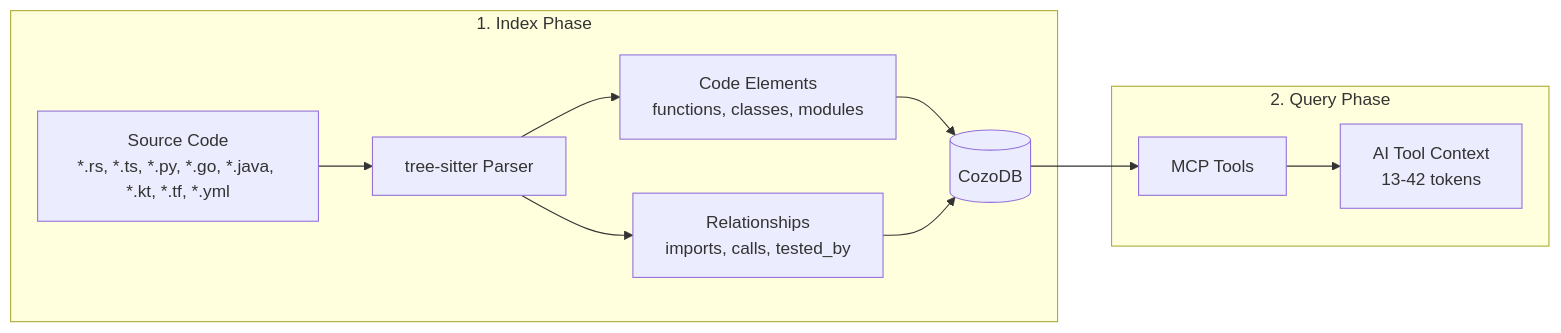
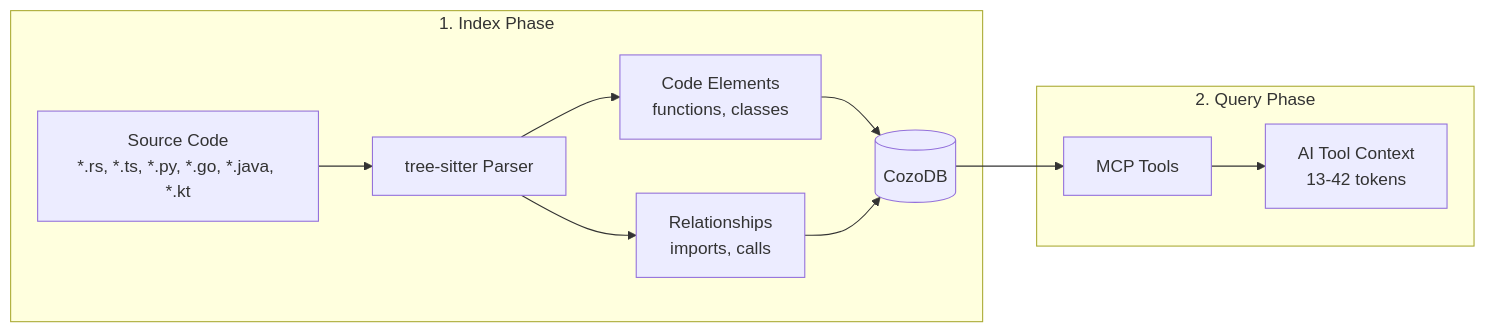
Before and after one commit to nkchuong1607/LeanKG: the third of 3 diagrams in README.md, drawn with Mermaid. The commit also changed other lines of this file and 81 other files, not shown here.

Commit message:
feat: web UI / UX reconstruction & graph physics stabilization

````diff
--- a/README.md
+++ b/README.md
@@ -251,15 +218,15 @@
 ```mermaid
 graph LR
     subgraph "1. Index Phase"
-        A["Source Code<br/>*.rs, *.ts, *.py, *.go, *.java, *.kt, *.tf, *.yml"] --> B["tree-sitter Parser"]
-        B --> C["Code Elements<br/>functions, classes, modules"]
-        B --> D["Relationships<br/>imports, calls, tested_by"]
+        A["Source Code<br/>*.rs, *.ts, *.py, *.go, *.java, *.kt"] --> B["tree-sitter Parser"]
+        B --> C["Code Elements<br/>functions, classes"]
+        B --> D["Relationships<br/>imports, calls"]
         C --> E[("CozoDB")]
         D --> E
     end
     
     subgraph "2. Query Phase"
         E --> F["MCP Tools"]
         F --> G["AI Tool Context<br/>13-42 tokens"]
     end
 ```
````
